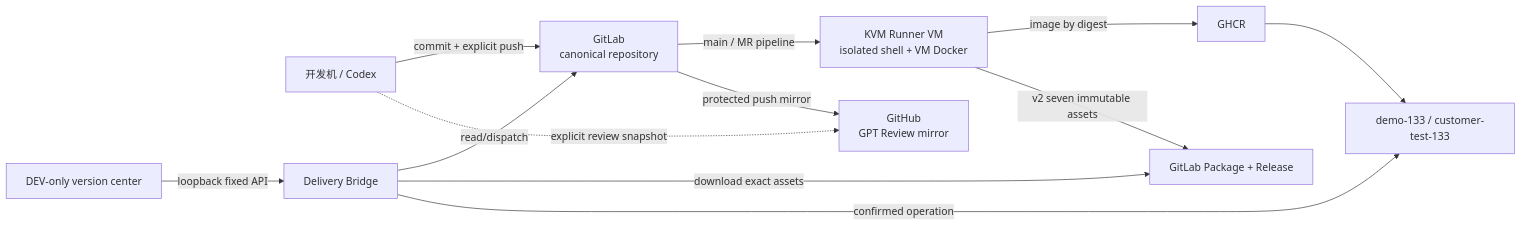
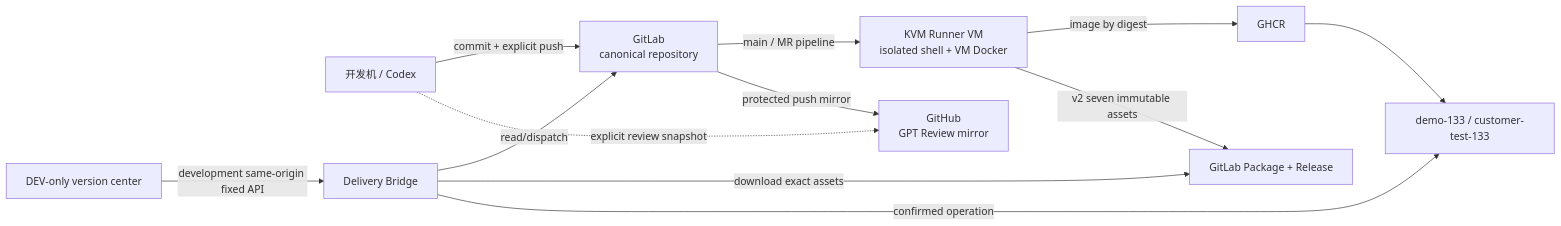
Before and after one commit to saurick/plush-toy-erp: the first of 2 diagrams in docs/engineering/研发效能工作台与CI-CD设计.md, drawn with Mermaid. The commit also changed other lines of this file and 166 other files, not shown here.

````diff
--- a/docs/engineering/研发效能工作台与CI-CD设计.md
+++ b/docs/engineering/研发效能工作台与CI-CD设计.md
@@ -15,14 +15,14 @@
 ```mermaid
 flowchart LR
   L["开发机 / Codex"] -->|commit + explicit push| G["GitLab<br/>canonical repository"]
   L -.->|explicit review snapshot| H
   G -->|main / MR pipeline| R["KVM Runner VM<br/>isolated shell + VM Docker"]
   G -->|protected push mirror| H["GitHub<br/>GPT Review mirror"]
   R -->|image by digest| C["GHCR"]
   R -->|v2 seven immutable assets| P["GitLab Package + Release"]
-  W["DEV-only version center"] -->|loopback fixed API| B["Delivery Bridge"]
+  W["DEV-only version center"] -->|development same-origin fixed API| B["Delivery Bridge"]
   B -->|read/dispatch| G
   B -->|download exact assets| P
   B -->|confirmed operation| T["demo-133 / customer-test-133"]
   C --> T
 ```
````
